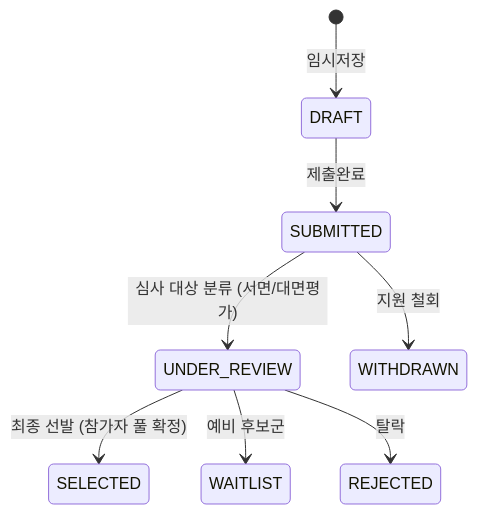
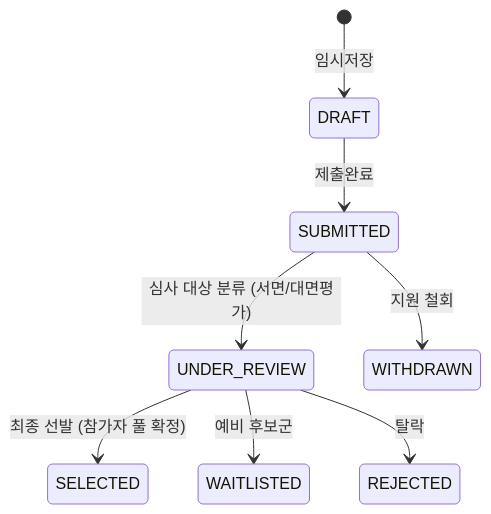
One commit to ynarcher-dev/ynarcher_works changed the diagram in docs/docs_planning/3_4_3_ac_recruitment.md. Above: the diagram before and after it, drawn with Mermaid. The commit also changed other lines of this file and 12 other files, not shown here.

````diff
--- a/docs/docs_planning/3_4_3_ac_recruitment.md
+++ b/docs/docs_planning/3_4_3_ac_recruitment.md
@@ -169,10 +169,10 @@
 ```mermaid
 stateDiagram-v2
     [*] --> DRAFT : 임시저장
     DRAFT --> SUBMITTED : 제출완료
     SUBMITTED --> UNDER_REVIEW : 심사 대상 분류 (서면/대면평가)
     UNDER_REVIEW --> SELECTED : 최종 선발 (참가자 풀 확정)
-    UNDER_REVIEW --> WAITLIST : 예비 후보군
+    UNDER_REVIEW --> WAITLISTED : 예비 후보군
     UNDER_REVIEW --> REJECTED : 탈락
     SUBMITTED --> WITHDRAWN : 지원 철회
 ```
````
